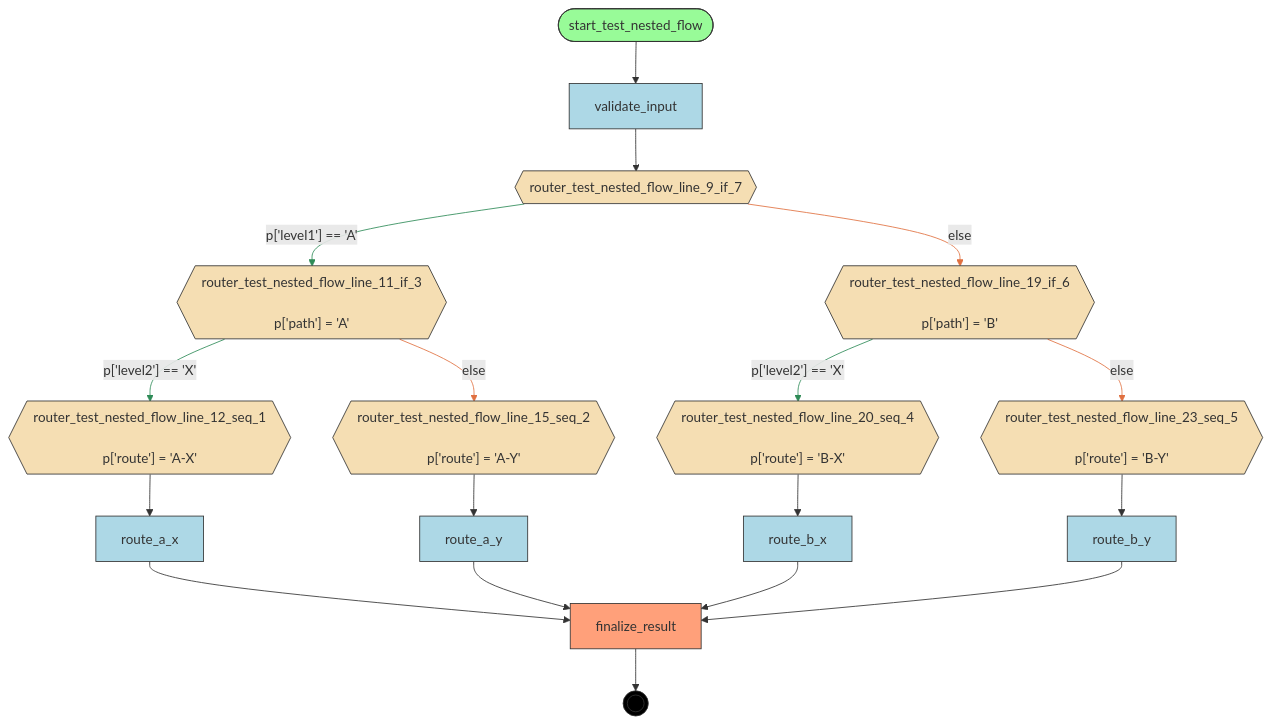
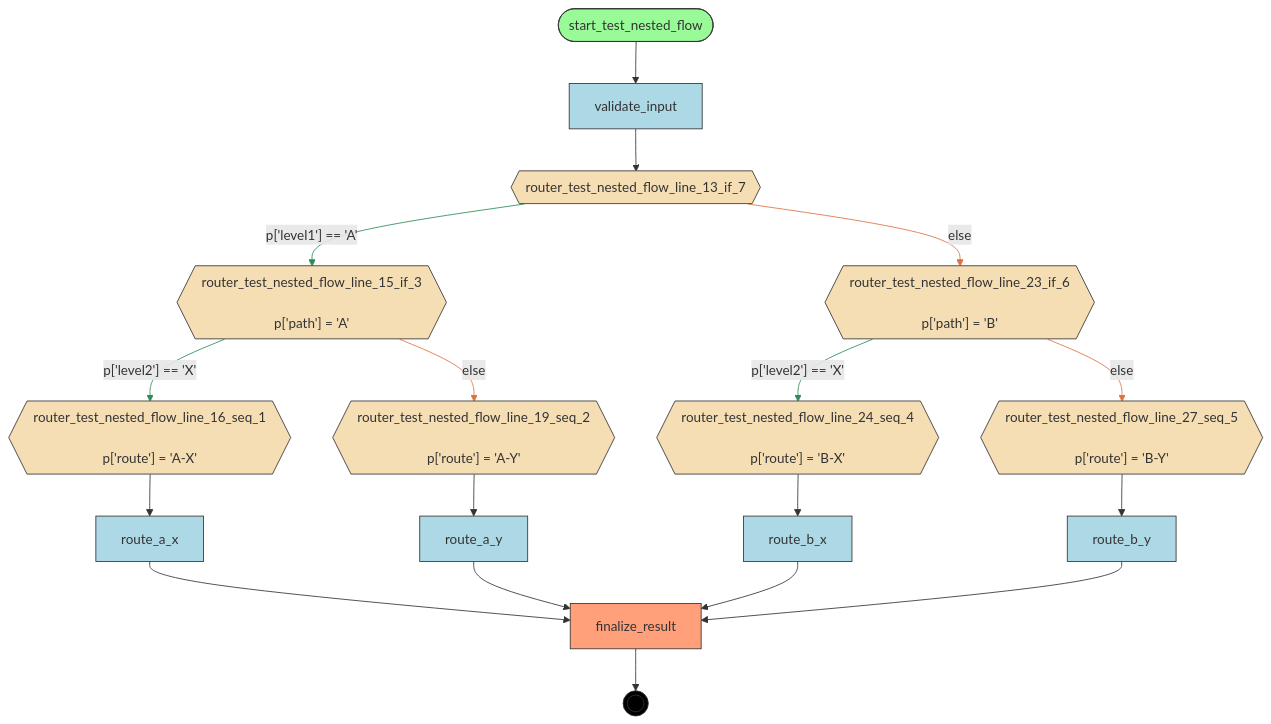
The diagram in src/asya-testing/asya_testing/flows/nested_if/compiled/flow.mmd (deliveryhero/asya), drawn with Mermaid before and after one commit. The commit also changed 58 other files, not shown here.

First line of the commit message:
fix: add @actor to asya-testing flow handlers, recompile all

```diff
--- a/src/asya-testing/asya_testing/flows/nested_if/compiled/flow.mmd
+++ b/src/asya-testing/asya_testing/flows/nested_if/compiled/flow.mmd
@@ -1,49 +1,49 @@
 flowchart TD
     %% Flow: test_nested_flow
 
     finalize_result[finalize_result]
     route_a_x[route_a_x]
     route_a_y[route_a_y]
     route_b_x[route_b_x]
     route_b_y[route_b_y]
-    router_test_nested_flow_line_11_if_3{{"router_test_nested_flow_line_11_if_3<br/><br/>p['path'] = 'A'"}}
-    router_test_nested_flow_line_12_seq_1{{"router_test_nested_flow_line_12_seq_1<br/><br/>p['route'] = 'A-X'"}}
-    router_test_nested_flow_line_15_seq_2{{"router_test_nested_flow_line_15_seq_2<br/><br/>p['route'] = 'A-Y'"}}
-    router_test_nested_flow_line_19_if_6{{"router_test_nested_flow_line_19_if_6<br/><br/>p['path'] = 'B'"}}
-    router_test_nested_flow_line_20_seq_4{{"router_test_nested_flow_line_20_seq_4<br/><br/>p['route'] = 'B-X'"}}
-    router_test_nested_flow_line_23_seq_5{{"router_test_nested_flow_line_23_seq_5<br/><br/>p['route'] = 'B-Y'"}}
-    router_test_nested_flow_line_9_if_7{{router_test_nested_flow_line_9_if_7}}
+    router_test_nested_flow_line_13_if_7{{router_test_nested_flow_line_13_if_7}}
+    router_test_nested_flow_line_15_if_3{{"router_test_nested_flow_line_15_if_3<br/><br/>p['path'] = 'A'"}}
+    router_test_nested_flow_line_16_seq_1{{"router_test_nested_flow_line_16_seq_1<br/><br/>p['route'] = 'A-X'"}}
+    router_test_nested_flow_line_19_seq_2{{"router_test_nested_flow_line_19_seq_2<br/><br/>p['route'] = 'A-Y'"}}
+    router_test_nested_flow_line_23_if_6{{"router_test_nested_flow_line_23_if_6<br/><br/>p['path'] = 'B'"}}
+    router_test_nested_flow_line_24_seq_4{{"router_test_nested_flow_line_24_seq_4<br/><br/>p['route'] = 'B-X'"}}
+    router_test_nested_flow_line_27_seq_5{{"router_test_nested_flow_line_27_seq_5<br/><br/>p['route'] = 'B-Y'"}}
     start_test_nested_flow([start_test_nested_flow])
     validate_input[validate_input]
     __end__((( )))
 
     start_test_nested_flow --> validate_input
-    validate_input --> router_test_nested_flow_line_9_if_7
-    router_test_nested_flow_line_12_seq_1 --> route_a_x
-    router_test_nested_flow_line_15_seq_2 --> route_a_y
-    router_test_nested_flow_line_11_if_3 -->|"p['level2'] == 'X'"| router_test_nested_flow_line_12_seq_1
-    router_test_nested_flow_line_11_if_3 -->|"else"| router_test_nested_flow_line_15_seq_2
-    router_test_nested_flow_line_20_seq_4 --> route_b_x
-    router_test_nested_flow_line_23_seq_5 --> route_b_y
-    router_test_nested_flow_line_19_if_6 -->|"p['level2'] == 'X'"| router_test_nested_flow_line_20_seq_4
-    router_test_nested_flow_line_19_if_6 -->|"else"| router_test_nested_flow_line_23_seq_5
-    router_test_nested_flow_line_9_if_7 -->|"p['level1'] == 'A'"| router_test_nested_flow_line_11_if_3
-    router_test_nested_flow_line_9_if_7 -->|"else"| router_test_nested_flow_line_19_if_6
+    validate_input --> router_test_nested_flow_line_13_if_7
+    router_test_nested_flow_line_16_seq_1 --> route_a_x
+    router_test_nested_flow_line_19_seq_2 --> route_a_y
+    router_test_nested_flow_line_15_if_3 -->|"p['level2'] == 'X'"| router_test_nested_flow_line_16_seq_1
+    router_test_nested_flow_line_15_if_3 -->|"else"| router_test_nested_flow_line_19_seq_2
+    router_test_nested_flow_line_24_seq_4 --> route_b_x
+    router_test_nested_flow_line_27_seq_5 --> route_b_y
+    router_test_nested_flow_line_23_if_6 -->|"p['level2'] == 'X'"| router_test_nested_flow_line_24_seq_4
+    router_test_nested_flow_line_23_if_6 -->|"else"| router_test_nested_flow_line_27_seq_5
+    router_test_nested_flow_line_13_if_7 -->|"p['level1'] == 'A'"| router_test_nested_flow_line_15_if_3
+    router_test_nested_flow_line_13_if_7 -->|"else"| router_test_nested_flow_line_23_if_6
     route_a_x --> finalize_result
     route_a_y --> finalize_result
     route_b_x --> finalize_result
     route_b_y --> finalize_result
     finalize_result --> __end__
 
     classDef start fill:#98FB98,stroke:#333
     classDef endnode fill:#FFA07A,stroke:#333
     classDef router fill:#F5DEB3,stroke:#333
     classDef handler fill:#ADD8E6,stroke:#333
     classDef endpoint fill:#000,stroke:#333,color:#fff
     class start_test_nested_flow start
     class finalize_result endnode
-    class router_test_nested_flow_line_11_if_3,router_test_nested_flow_line_12_seq_1,router_test_nested_flow_line_15_seq_2,router_test_nested_flow_line_19_if_6,router_test_nested_flow_line_20_seq_4,router_test_nested_flow_line_23_seq_5,router_test_nested_flow_line_9_if_7 router
+    class router_test_nested_flow_line_13_if_7,router_test_nested_flow_line_15_if_3,router_test_nested_flow_line_16_seq_1,router_test_nested_flow_line_19_seq_2,router_test_nested_flow_line_23_if_6,router_test_nested_flow_line_24_seq_4,router_test_nested_flow_line_27_seq_5 router
     class route_a_x,route_a_y,route_b_x,route_b_y,validate_input handler
     class __end__ endpoint
     linkStyle 4,8,10 stroke:#2E8B57
     linkStyle 5,9,11 stroke:#E07040
```
